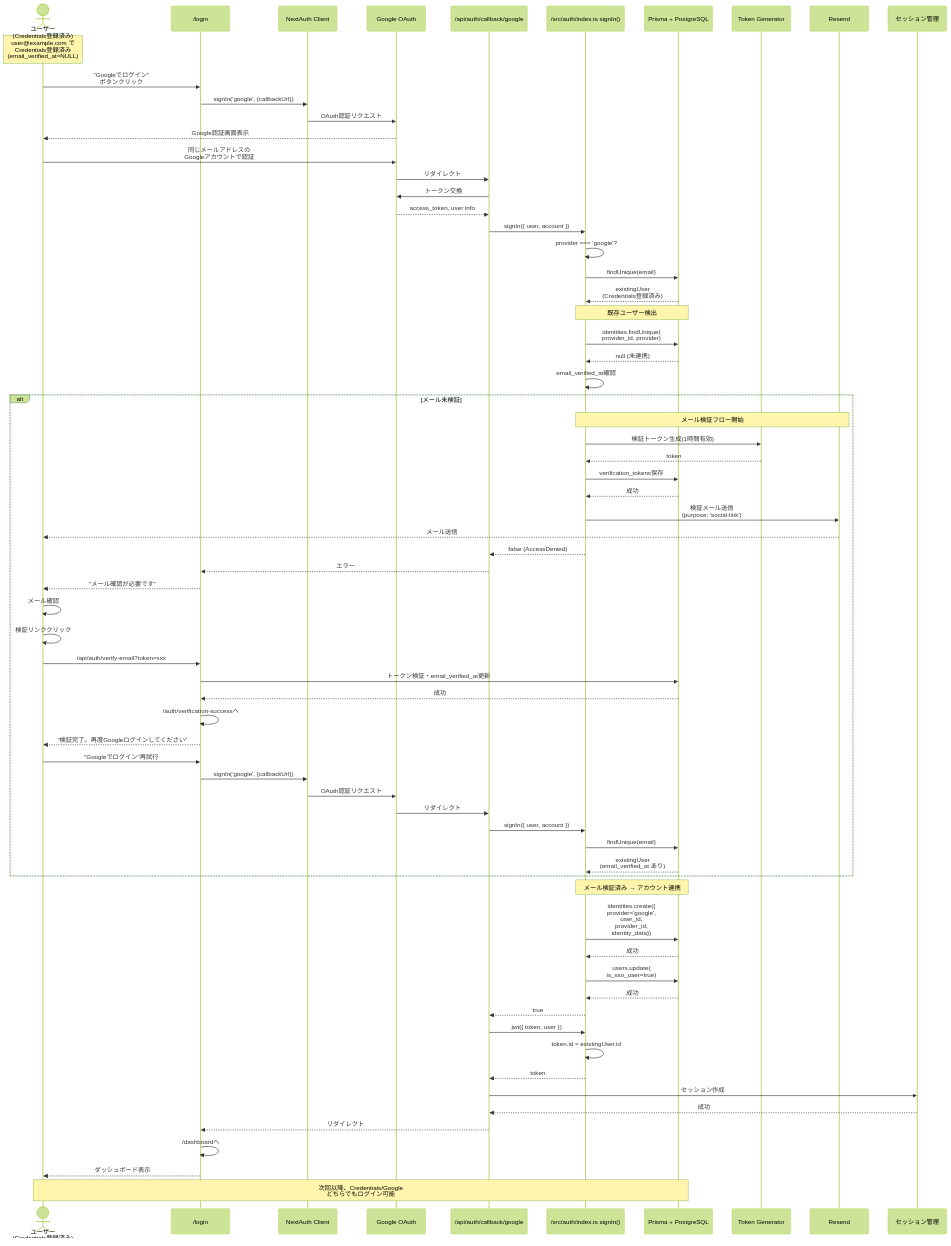
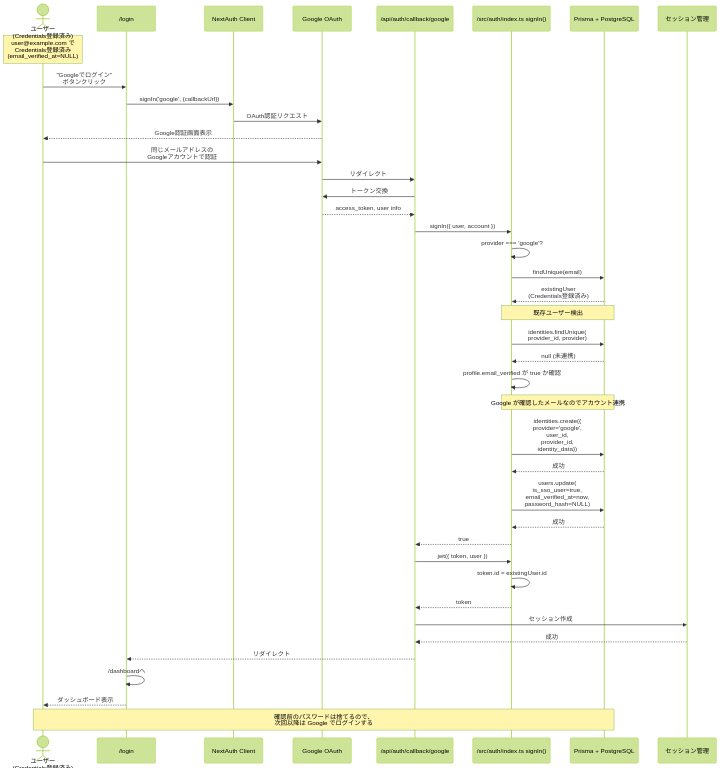
One commit to kazumadev619-dev/FishingConditionsApp changed the fifth of 11 diagrams in docs/reference/authentication-diagrams.md. Above: the diagram before and after it, drawn with Mermaid (forest theme). The commit also changed other lines of this file and 9 other files, not shown here.

````diff
--- a/docs/reference/authentication-diagrams.md
+++ b/docs/reference/authentication-diagrams.md
@@ -253,8 +253,6 @@
     participant Callback as /api/auth/callback/google
     participant AuthTS as /src/auth/index.ts signIn()
     participant DB as Prisma + PostgreSQL
-    participant Token as Token Generator
-    participant Email as Resend
     participant Session as セッション管理
 
     Note over User: user@example.com で<br/>Credentials登録済み<br/>(email_verified_at=NULL)
@@ -278,44 +276,13 @@
     AuthTS->>DB: identities.findUnique(<br/>provider_id, provider)
     DB-->>AuthTS: null (未連携)
 
-    AuthTS->>AuthTS: email_verified_at確認
+    AuthTS->>AuthTS: profile.email_verified が true か確認
 
-    alt メール未検証
-        Note over AuthTS,Email: メール検証フロー開始
-        AuthTS->>Token: 検証トークン生成(1時間有効)
-        Token-->>AuthTS: token
-        AuthTS->>DB: verification_tokens保存
-        DB-->>AuthTS: 成功
-
-        AuthTS->>Email: 検証メール送信<br/>(purpose: 'social-link')
-        Email-->>User: メール送信
-
-        AuthTS-->>Callback: false (AccessDenied)
-        Callback-->>UI: エラー
-        UI-->>User: "メール確認が必要です"
-
-        User->>User: メール確認
-        User->>User: 検証リンククリック
-        User->>UI: /api/auth/verify-email?token=xxx
-        UI->>DB: トークン検証・email_verified_at更新
-        DB-->>UI: 成功
-        UI->>UI: /auth/verification-successへ
-        UI-->>User: "検証完了。再度Googleログインしてください"
-
-        User->>UI: "Googleでログイン"再試行
-        UI->>NextAuth: signIn('google', {callbackUrl})
-        NextAuth->>Google: OAuth認証リクエスト
-        Google->>Callback: リダイレクト
-        Callback->>AuthTS: signIn({ user, account })
-        AuthTS->>DB: findUnique(email)
-        DB-->>AuthTS: existingUser<br/>(email_verified_at あり)
-    end
-
-    Note over AuthTS,DB: メール検証済み → アカウント連携
+    Note over AuthTS,DB: Google が確認したメールなのでアカウント連携
     AuthTS->>DB: identities.create({<br/>provider='google',<br/>user_id,<br/>provider_id,<br/>identity_data})
     DB-->>AuthTS: 成功
 
-    AuthTS->>DB: users.update(<br/>is_sso_user=true)
+    AuthTS->>DB: users.update(<br/>is_sso_user=true,<br/>email_verified_at=now,<br/>password_hash=NULL)
     DB-->>AuthTS: 成功
 
     AuthTS-->>Callback: true
@@ -330,5 +297,5 @@
     UI->>UI: /dashboardへ
     UI-->>User: ダッシュボード表示
 
-    Note over User,DB: 次回以降、Credentials/Google<br/>どちらでもログイン可能
+    Note over User,DB: 確認前のパスワードは捨てるので、<br/>次回以降は Google でログインする
 ```
````
